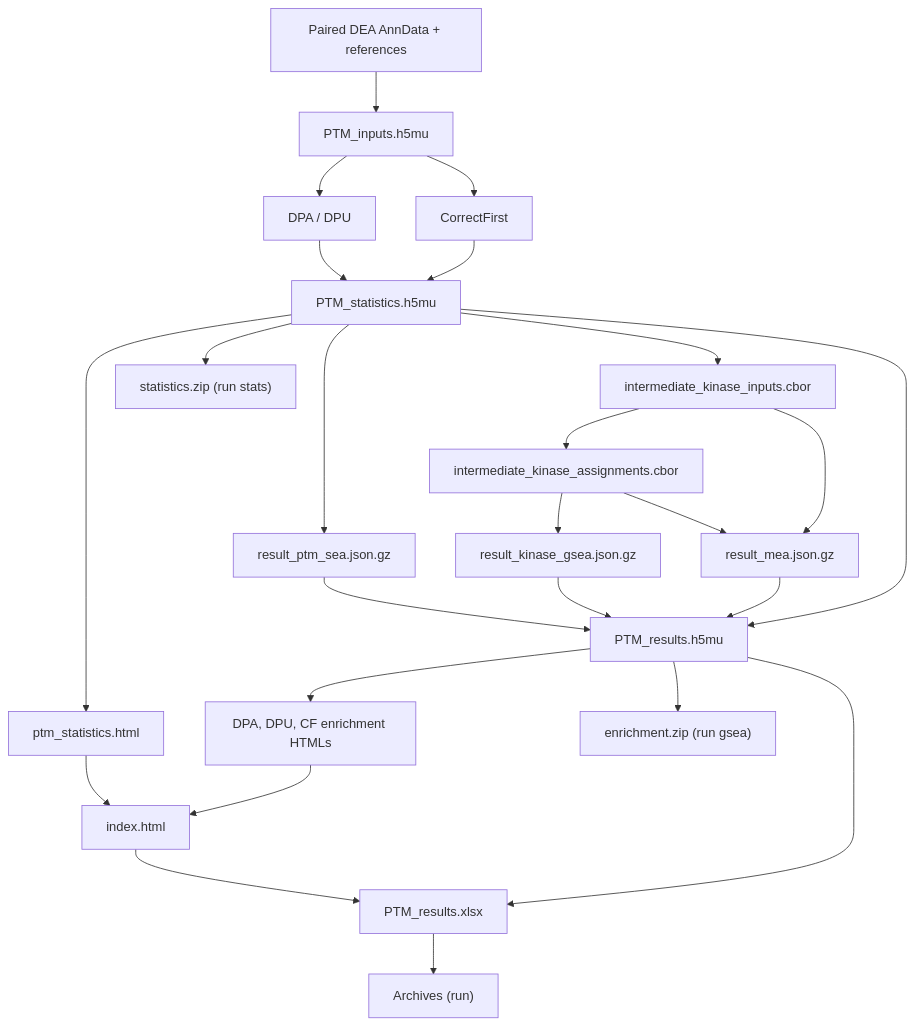
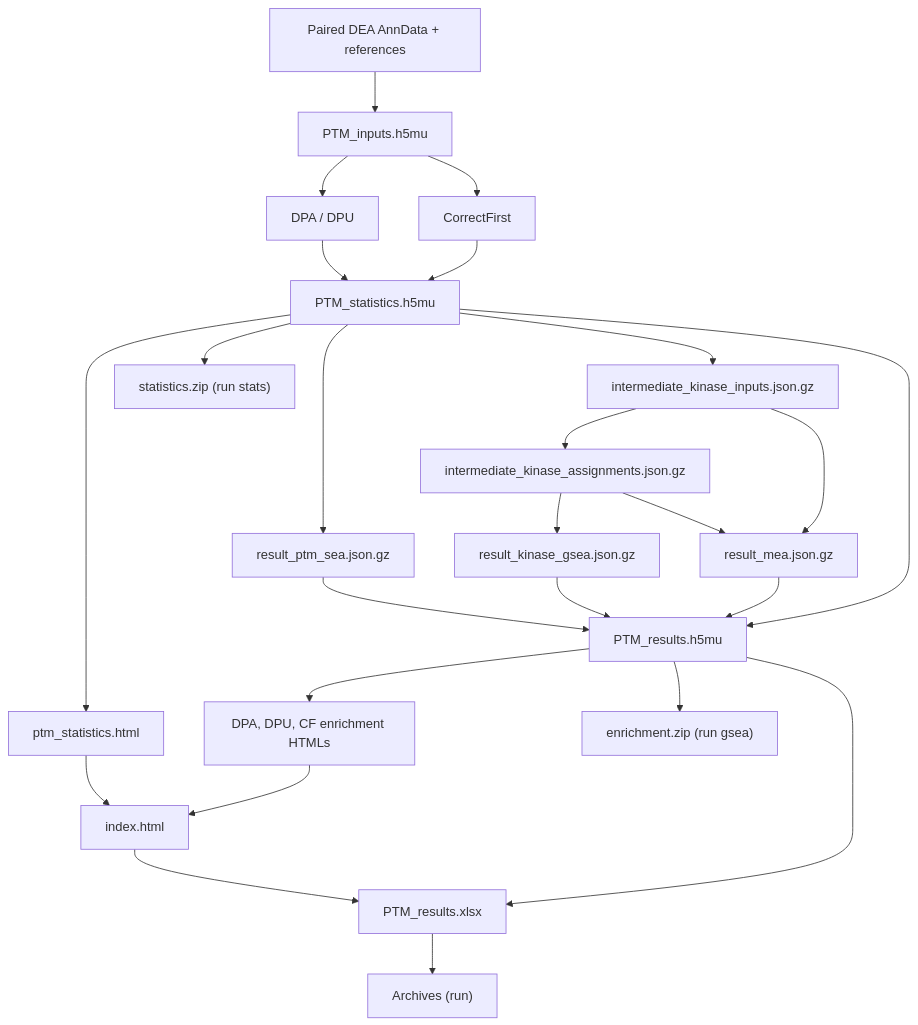
Before and after one commit to wolski/ptm-pipeline: the diagram in docs/index.md, drawn with Mermaid. The commit also changed other lines of this file and 29 other files, not shown here.

````diff
--- a/docs/index.md
+++ b/docs/index.md
@@ -73,27 +125,27 @@
 ```mermaid
 flowchart TB
     DEA["Paired DEA AnnData + references"] --> INPUT["PTM_inputs.h5mu"]
     INPUT --> DPA["DPA / DPU"]
     INPUT --> CF["CorrectFirst"]
     DPA --> STATS["PTM_statistics.h5mu"]
     CF --> STATS
     STATS --> STATS_REPORT["ptm_statistics.html"]
     STATS --> SEA["result_ptm_sea.json.gz"]
-    STATS --> PREP["intermediate_kinase_inputs.cbor"]
-    PREP --> ASSIGN["intermediate_kinase_assignments.cbor"]
+    STATS --> PREP["intermediate_kinase_inputs.json.gz"]
+    PREP --> ASSIGN["intermediate_kinase_assignments.json.gz"]
     ASSIGN --> GSEA["result_kinase_gsea.json.gz"]
     ASSIGN --> MEA["result_mea.json.gz"]
     PREP --> MEA
     SEA --> FINAL["PTM_results.h5mu"]
     GSEA --> FINAL
     MEA --> FINAL
     STATS --> FINAL
     FINAL --> ENRICH_REPORT["DPA, DPU, CF enrichment HTMLs"]
     STATS_REPORT --> INDEX["index.html"]
     ENRICH_REPORT --> INDEX
     INDEX --> EXPORT["PTM_results.xlsx"]
     FINAL --> EXPORT
     EXPORT --> ZIP["Archives (run)"]
     STATS --> STATS_ZIP["statistics.zip (run stats)"]
     FINAL --> ENRICH_ZIP["enrichment.zip (run gsea)"]
 ```
````
